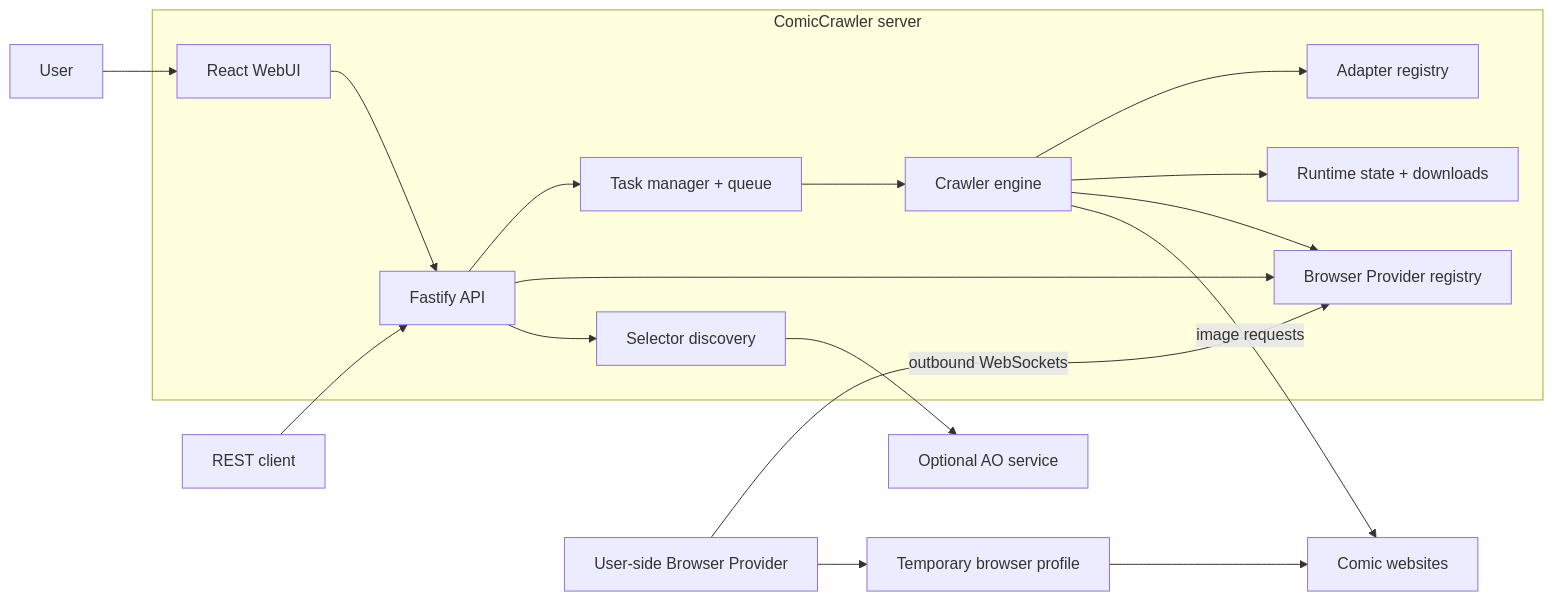
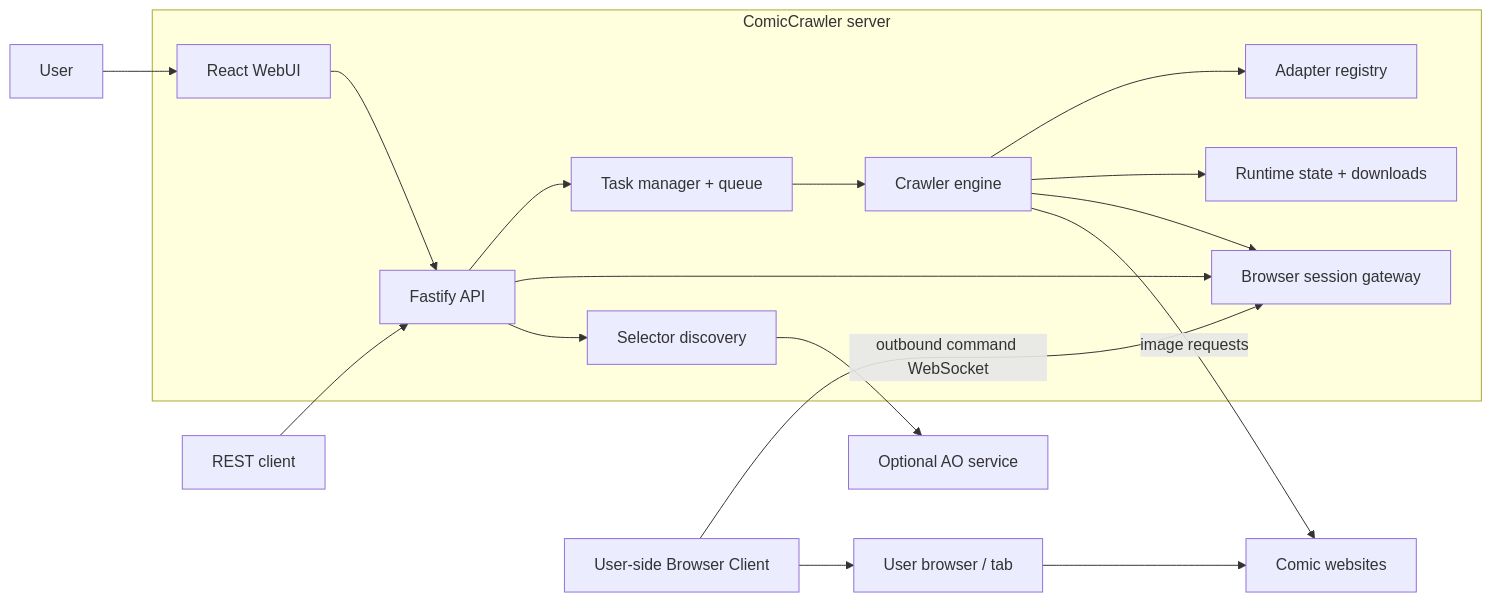
One commit to luberserker0v0/comic-crawler changed the first of 3 diagrams in docs/ARCHITECTURE.md. Above: the diagram before and after it, drawn with Mermaid. The commit also changed other lines of this file and 163 other files, not shown here.

Commit message:
feat: replace browser provider with browser client framework

````diff
--- a/docs/ARCHITECTURE.md
+++ b/docs/ARCHITECTURE.md
@@ -25,22 +25,22 @@
 ```mermaid
 flowchart LR
   User["User"] --> UI["React WebUI"]
   Automation["REST client"] --> API["Fastify API"]
 
   subgraph ComicCrawler["ComicCrawler server"]
     UI --> API
     API --> Tasks["Task manager + queue"]
     Tasks --> Crawler["Crawler engine"]
     Crawler --> Adapters["Adapter registry"]
     Crawler --> Storage["Runtime state + downloads"]
-    API --> BrowserRegistry["Browser Provider registry"]
-    Crawler --> BrowserRegistry
+    API --> BrowserGateway["Browser session gateway"]
+    Crawler --> BrowserGateway
     API --> Selector["Selector discovery"]
   end
 
-  Provider["User-side Browser Provider"] -->|"outbound WebSockets"| BrowserRegistry
-  Provider --> Browser["Temporary browser profile"]
+  Provider["User-side Browser Client"] -->|"outbound command WebSocket"| BrowserGateway
+  Provider --> Browser["User browser / tab"]
   Browser --> Sites["Comic websites"]
   Crawler -->|"image requests"| Sites
   Selector --> AO["Optional AO service"]
 ```
````
